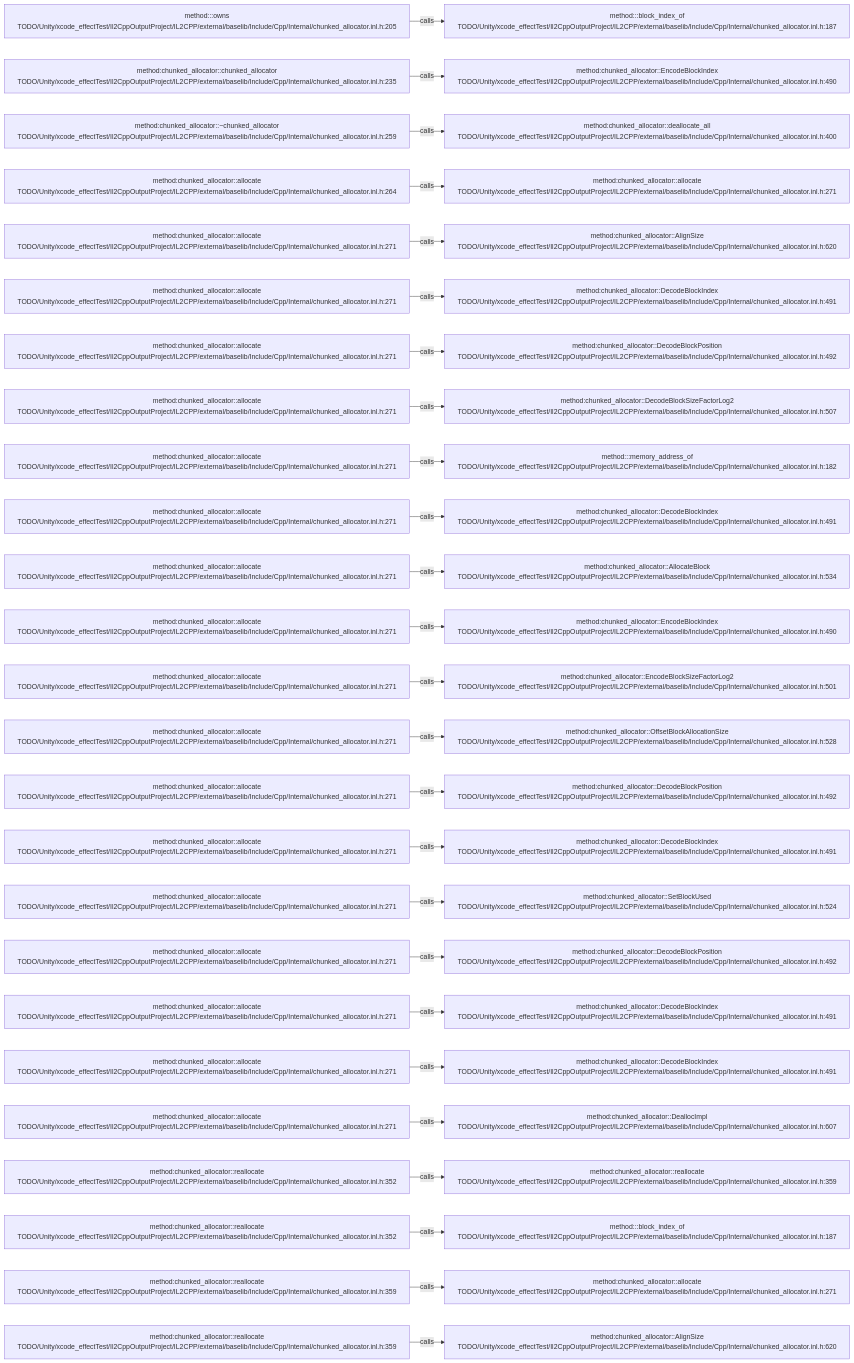
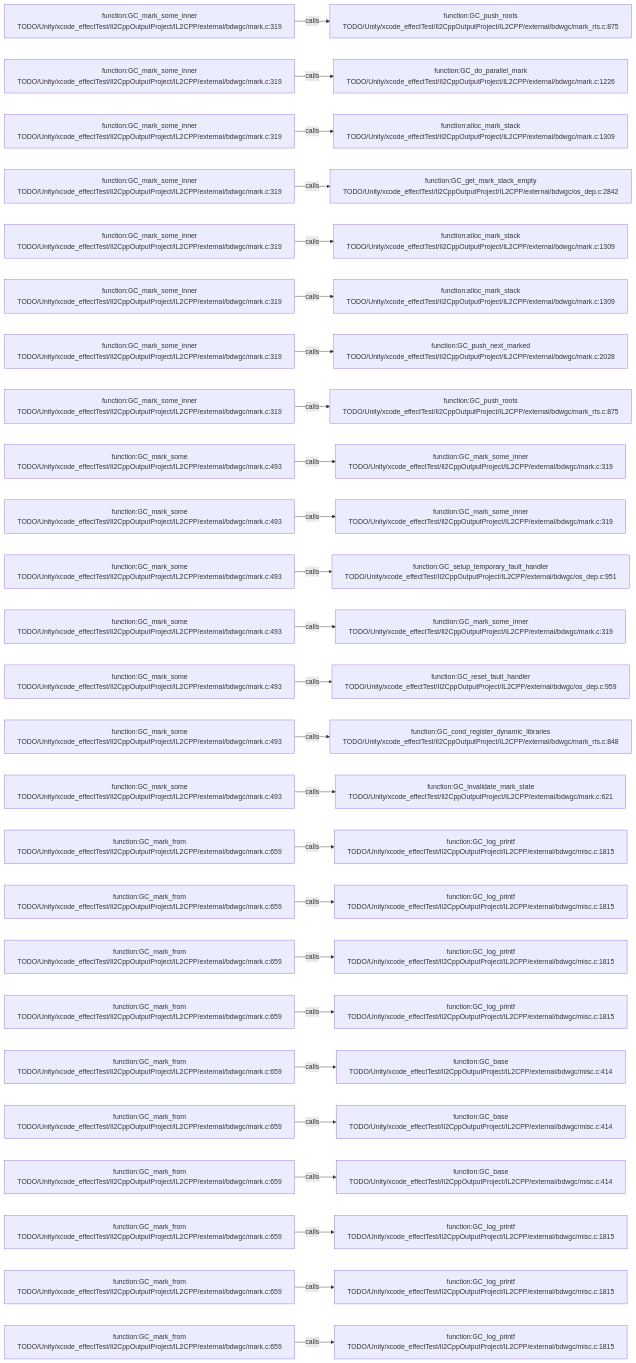
Before and after one commit to JobsKits/JobsSwiftBaseConfigDemo: the diagram in .codegraph/codegraph.md/graphs/calls-130.md, drawn with Mermaid. The commit also changed 227 other files, not shown here.

````diff
--- a/.codegraph/codegraph.md/graphs/calls-130.md
+++ b/.codegraph/codegraph.md/graphs/calls-130.md
@@ -13,78 +13,78 @@
 ```mermaid
 flowchart LR
-  S1["method:<anonymous>::owns<br/>TODO/Unity/xcode_effectTest/Il2CppOutputProject/IL2CPP/external/baselib/Include/Cpp/Internal/chunked_allocator.inl.h:205"]
-  T1["method:<anonymous>::block_index_of<br/>TODO/Unity/xcode_effectTest/Il2CppOutputProject/IL2CPP/external/baselib/Include/Cpp/Internal/chunked_allocator.inl.h:187"]
+  S1["function:GC_mark_some_inner<br/>TODO/Unity/xcode_effectTest/Il2CppOutputProject/IL2CPP/external/bdwgc/mark.c:319"]
+  T1["function:GC_push_roots<br/>TODO/Unity/xcode_effectTest/Il2CppOutputProject/IL2CPP/external/bdwgc/mark_rts.c:875"]
   S1 -->|calls| T1
-  S2["method:chunked_allocator::chunked_allocator<br/>TODO/Unity/xcode_effectTest/Il2CppOutputProject/IL2CPP/external/baselib/Include/Cpp/Internal/chunked_allocator.inl.h:235"]
-  T2["method:chunked_allocator::EncodeBlockIndex<br/>TODO/Unity/xcode_effectTest/Il2CppOutputProject/IL2CPP/external/baselib/Include/Cpp/Internal/chunked_allocator.inl.h:490"]
+  S2["function:GC_mark_some_inner<br/>TODO/Unity/xcode_effectTest/Il2CppOutputProject/IL2CPP/external/bdwgc/mark.c:319"]
+  T2["function:GC_do_parallel_mark<br/>TODO/Unity/xcode_effectTest/Il2CppOutputProject/IL2CPP/external/bdwgc/mark.c:1226"]
   S2 -->|calls| T2
-  S3["method:chunked_allocator::~chunked_allocator<br/>TODO/Unity/xcode_effectTest/Il2CppOutputProject/IL2CPP/external/baselib/Include/Cpp/Internal/chunked_allocator.inl.h:259"]
-  T3["method:chunked_allocator::deallocate_all<br/>TODO/Unity/xcode_effectTest/Il2CppOutputProject/IL2CPP/external/baselib/Include/Cpp/Internal/chunked_allocator.inl.h:400"]
+  S3["function:GC_mark_some_inner<br/>TODO/Unity/xcode_effectTest/Il2CppOutputProject/IL2CPP/external/bdwgc/mark.c:319"]
+  T3["function:alloc_mark_stack<br/>TODO/Unity/xcode_effectTest/Il2CppOutputProject/IL2CPP/external/bdwgc/mark.c:1309"]
   S3 -->|calls| T3
-  S4["method:chunked_allocator::allocate<br/>TODO/Unity/xcode_effectTest/Il2CppOutputProject/IL2CPP/external/baselib/Include/Cpp/Internal/chunked_allocator.inl.h:264"]
-  T4["method:chunked_allocator::allocate<br/>TODO/Unity/xcode_effectTest/Il2CppOutputProject/IL2CPP/external/baselib/Include/Cpp/Internal/chunked_allocator.inl.h:271"]
+  S4["function:GC_mark_some_inner<br/>TODO/Unity/xcode_effectTest/Il2CppOutputProject/IL2CPP/external/bdwgc/mark.c:319"]
+  T4["function:GC_get_mark_stack_empty<br/>TODO/Unity/xcode_effectTest/Il2CppOutputProject/IL2CPP/external/bdwgc/os_dep.c:2842"]
   S4 -->|calls| T4
-  S5["method:chunked_allocator::allocate<br/>TODO/Unity/xcode_effectTest/Il2CppOutputProject/IL2CPP/external/baselib/Include/Cpp/Internal/chunked_allocator.inl.h:271"]
-  T5["method:chunked_allocator::AlignSize<br/>TODO/Unity/xcode_effectTest/Il2CppOutputProject/IL2CPP/external/baselib/Include/Cpp/Internal/chunked_allocator.inl.h:620"]
+  S5["function:GC_mark_some_inner<br/>TODO/Unity/xcode_effectTest/Il2CppOutputProject/IL2CPP/external/bdwgc/mark.c:319"]
+  T5["function:alloc_mark_stack<br/>TODO/Unity/xcode_effectTest/Il2CppOutputProject/IL2CPP/external/bdwgc/mark.c:1309"]
   S5 -->|calls| T5
-  S6["method:chunked_allocator::allocate<br/>TODO/Unity/xcode_effectTest/Il2CppOutputProject/IL2CPP/external/baselib/Include/Cpp/Internal/chunked_allocator.inl.h:271"]
-  T6["method:chunked_allocator::DecodeBlockIndex<br/>TODO/Unity/xcode_effectTest/Il2CppOutputProject/IL2CPP/external/baselib/Include/Cpp/Internal/chunked_allocator.inl.h:491"]
+  S6["function:GC_mark_some_inner<br/>TODO/Unity/xcode_effectTest/Il2CppOutputProject/IL2CPP/external/bdwgc/mark.c:319"]
+  T6["function:alloc_mark_stack<br/>TODO/Unity/xcode_effectTest/Il2CppOutputProject/IL2CPP/external/bdwgc/mark.c:1309"]
   S6 -->|calls| T6
-  S7["method:chunked_allocator::allocate<br/>TODO/Unity/xcode_effectTest/Il2CppOutputProject/IL2CPP/external/baselib/Include/Cpp/Internal/chunked_allocator.inl.h:271"]
-  T7["method:chunked_allocator::DecodeBlockPosition<br/>TODO/Unity/xcode_effectTest/Il2CppOutputProject/IL2CPP/external/baselib/Include/Cpp/Internal/chunked_allocator.inl.h:492"]
+  S7["function:GC_mark_some_inner<br/>TODO/Unity/xcode_effectTest/Il2CppOutputProject/IL2CPP/external/bdwgc/mark.c:319"]
+  T7["function:GC_push_next_marked<br/>TODO/Unity/xcode_effectTest/Il2CppOutputProject/IL2CPP/external/bdwgc/mark.c:2028"]
   S7 -->|calls| T7
-  S8["method:chunked_allocator::allocate<br/>TODO/Unity/xcode_effectTest/Il2CppOutputProject/IL2CPP/external/baselib/Include/Cpp/Internal/chunked_allocator.inl.h:271"]
-  T8["method:chunked_allocator::DecodeBlockSizeFactorLog2<br/>TODO/Unity/xcode_effectTest/Il2CppOutputProject/IL2CPP/external/baselib/Include/Cpp/Internal/chunked_allocator.inl.h:507"]
+  S8["function:GC_mark_some_inner<br/>TODO/Unity/xcode_effectTest/Il2CppOutputProject/IL2CPP/external/bdwgc/mark.c:319"]
+  T8["function:GC_push_roots<br/>TODO/Unity/xcode_effectTest/Il2CppOutputProject/IL2CPP/external/bdwgc/mark_rts.c:875"]
   S8 -->|calls| T8
-  S9["method:chunked_allocator::allocate<br/>TODO/Unity/xcode_effectTest/Il2CppOutputProject/IL2CPP/external/baselib/Include/Cpp/Internal/chunked_allocator.inl.h:271"]
-  T9["method:<anonymous>::memory_address_of<br/>TODO/Unity/xcode_effectTest/Il2CppOutputProject/IL2CPP/external/baselib/Include/Cpp/Internal/chunked_allocator.inl.h:182"]
+  S9["function:GC_mark_some<br/>TODO/Unity/xcode_effectTest/Il2CppOutputProject/IL2CPP/external/bdwgc/mark.c:493"]
+  T9["function:GC_mark_some_inner<br/>TODO/Unity/xcode_effectTest/Il2CppOutputProject/IL2CPP/external/bdwgc/mark.c:319"]
   S9 -->|calls| T9
-  S10["method:chunked_allocator::allocate<br/>TODO/Unity/xcode_effectTest/Il2CppOutputProject/IL2CPP/external/baselib/Include/Cpp/Internal/chunked_allocator.inl.h:271"]
-  T10["method:chunked_allocator::DecodeBlockIndex<br/>TODO/Unity/xcode_effectTest/Il2CppOutputProject/IL2CPP/external/baselib/Include/Cpp/Internal/chunked_allocator.inl.h:491"]
+  S10["function:GC_mark_some<br/>TODO/Unity/xcode_effectTest/Il2CppOutputProject/IL2CPP/external/bdwgc/mark.c:493"]
+  T10["function:GC_mark_some_inner<br/>TODO/Unity/xcode_effectTest/Il2CppOutputProject/IL2CPP/external/bdwgc/mark.c:319"]
   S10 -->|calls| T10
-  S11["method:chunked_allocator::allocate<br/>TODO/Unity/xcode_effectTest/Il2CppOutputProject/IL2CPP/external/baselib/Include/Cpp/Internal/chunked_allocator.inl.h:271"]
-  T11["method:chunked_allocator::AllocateBlock<br/>TODO/Unity/xcode_effectTest/Il2CppOutputProject/IL2CPP/external/baselib/Include/Cpp/Internal/chunked_allocator.inl.h:534"]
+  S11["function:GC_mark_some<br/>TODO/Unity/xcode_effectTest/Il2CppOutputProject/IL2CPP/external/bdwgc/mark.c:493"]
+  T11["function:GC_setup_temporary_fault_handler<br/>TODO/Unity/xcode_effectTest/Il2CppOutputProject/IL2CPP/external/bdwgc/os_dep.c:951"]
   S11 -->|calls| T11
-  S12["method:chunked_allocator::allocate<br/>TODO/Unity/xcode_effectTest/Il2CppOutputProject/IL2CPP/external/baselib/Include/Cpp/Internal/chunked_allocator.inl.h:271"]
-  T12["method:chunked_allocator::EncodeBlockIndex<br/>TODO/Unity/xcode_effectTest/Il2CppOutputProject/IL2CPP/external/baselib/Include/Cpp/Internal/chunked_allocator.inl.h:490"]
+  S12["function:GC_mark_some<br/>TODO/Unity/xcode_effectTest/Il2CppOutputProject/IL2CPP/external/bdwgc/mark.c:493"]
+  T12["function:GC_mark_some_inner<br/>TODO/Unity/xcode_effectTest/Il2CppOutputProject/IL2CPP/external/bdwgc/mark.c:319"]
   S12 -->|calls| T12
-  S13["method:chunked_allocator::allocate<br/>TODO/Unity/xcode_effectTest/Il2CppOutputProject/IL2CPP/external/baselib/Include/Cpp/Internal/chunked_allocator.inl.h:271"]
-  T13["method:chunked_allocator::EncodeBlockSizeFactorLog2<br/>TODO/Unity/xcode_effectTest/Il2CppOutputProject/IL2CPP/external/baselib/Include/Cpp/Internal/chunked_allocator.inl.h:501"]
+  S13["function:GC_mark_some<br/>TODO/Unity/xcode_effectTest/Il2CppOutputProject/IL2CPP/external/bdwgc/mark.c:493"]
+  T13["function:GC_reset_fault_handler<br/>TODO/Unity/xcode_effectTest/Il2CppOutputProject/IL2CPP/external/bdwgc/os_dep.c:959"]
   S13 -->|calls| T13
-  S14["method:chunked_allocator::allocate<br/>TODO/Unity/xcode_effectTest/Il2CppOutputProject/IL2CPP/external/baselib/Include/Cpp/Internal/chunked_allocator.inl.h:271"]
-  T14["method:chunked_allocator::OffsetBlockAllocationSize<br/>TODO/Unity/xcode_effectTest/Il2CppOutputProject/IL2CPP/external/baselib/Include/Cpp/Internal/chunked_allocator.inl.h:528"]
+  S14["function:GC_mark_some<br/>TODO/Unity/xcode_effectTest/Il2CppOutputProject/IL2CPP/external/bdwgc/mark.c:493"]
+  T14["function:GC_cond_register_dynamic_libraries<br/>TODO/Unity/xcode_effectTest/Il2CppOutputProject/IL2CPP/external/bdwgc/mark_rts.c:848"]
   S14 -->|calls| T14
-  S15["method:chunked_allocator::allocate<br/>TODO/Unity/xcode_effectTest/Il2CppOutputProject/IL2CPP/external/baselib/Include/Cpp/Internal/chunked_allocator.inl.h:271"]
-  T15["method:chunked_allocator::DecodeBlockPosition<br/>TODO/Unity/xcode_effectTest/Il2CppOutputProject/IL2CPP/external/baselib/Include/Cpp/Internal/chunked_allocator.inl.h:492"]
+  S15["function:GC_mark_some<br/>TODO/Unity/xcode_effectTest/Il2CppOutputProject/IL2CPP/external/bdwgc/mark.c:493"]
+  T15["function:GC_invalidate_mark_state<br/>TODO/Unity/xcode_effectTest/Il2CppOutputProject/IL2CPP/external/bdwgc/mark.c:621"]
   S15 -->|calls| T15
-  S16["method:chunked_allocator::allocate<br/>TODO/Unity/xcode_effectTest/Il2CppOutputProject/IL2CPP/external/baselib/Include/Cpp/Internal/chunked_allocator.inl.h:271"]
-  T16["method:chunked_allocator::DecodeBlockIndex<br/>TODO/Unity/xcode_effectTest/Il2CppOutputProject/IL2CPP/external/baselib/Include/Cpp/Internal/chunked_allocator.inl.h:491"]
+  S16["function:GC_mark_from<br/>TODO/Unity/xcode_effectTest/Il2CppOutputProject/IL2CPP/external/bdwgc/mark.c:659"]
+  T16["function:GC_log_printf<br/>TODO/Unity/xcode_effectTest/Il2CppOutputProject/IL2CPP/external/bdwgc/misc.c:1815"]
   S16 -->|calls| T16
-  S17["method:chunked_allocator::allocate<br/>TODO/Unity/xcode_effectTest/Il2CppOutputProject/IL2CPP/external/baselib/Include/Cpp/Internal/chunked_allocator.inl.h:271"]
-  T17["method:chunked_allocator::SetBlockUsed<br/>TODO/Unity/xcode_effectTest/Il2CppOutputProject/IL2CPP/external/baselib/Include/Cpp/Internal/chunked_allocator.inl.h:524"]
+  S17["function:GC_mark_from<br/>TODO/Unity/xcode_effectTest/Il2CppOutputProject/IL2CPP/external/bdwgc/mark.c:659"]
+  T17["function:GC_log_printf<br/>TODO/Unity/xcode_effectTest/Il2CppOutputProject/IL2CPP/external/bdwgc/misc.c:1815"]
   S17 -->|calls| T17
-  S18["method:chunked_allocator::allocate<br/>TODO/Unity/xcode_effectTest/Il2CppOutputProject/IL2CPP/external/baselib/Include/Cpp/Internal/chunked_allocator.inl.h:271"]
-  T18["method:chunked_allocator::DecodeBlockPosition<br/>TODO/Unity/xcode_effectTest/Il2CppOutputProject/IL2CPP/external/baselib/Include/Cpp/Internal/chunked_allocator.inl.h:492"]
+  S18["function:GC_mark_from<br/>TODO/Unity/xcode_effectTest/Il2CppOutputProject/IL2CPP/external/bdwgc/mark.c:659"]
+  T18["function:GC_log_printf<br/>TODO/Unity/xcode_effectTest/Il2CppOutputProject/IL2CPP/external/bdwgc/misc.c:1815"]
   S18 -->|calls| T18
-  S19["method:chunked_allocator::allocate<br/>TODO/Unity/xcode_effectTest/Il2CppOutputProject/IL2CPP/external/baselib/Include/Cpp/Internal/chunked_allocator.inl.h:271"]
-  T19["method:chunked_allocator::DecodeBlockIndex<br/>TODO/Unity/xcode_effectTest/Il2CppOutputProject/IL2CPP/external/baselib/Include/Cpp/Internal/chunked_allocator.inl.h:491"]
+  S19["function:GC_mark_from<br/>TODO/Unity/xcode_effectTest/Il2CppOutputProject/IL2CPP/external/bdwgc/mark.c:659"]
+  T19["function:GC_log_printf<br/>TODO/Unity/xcode_effectTest/Il2CppOutputProject/IL2CPP/external/bdwgc/misc.c:1815"]
   S19 -->|calls| T19
-  S20["method:chunked_allocator::allocate<br/>TODO/Unity/xcode_effectTest/Il2CppOutputProject/IL2CPP/external/baselib/Include/Cpp/Internal/chunked_allocator.inl.h:271"]
-  T20["method:chunked_allocator::DecodeBlockIndex<br/>TODO/Unity/xcode_effectTest/Il2CppOutputProject/IL2CPP/external/baselib/Include/Cpp/Internal/chunked_allocator.inl.h:491"]
+  S20["function:GC_mark_from<br/>TODO/Unity/xcode_effectTest/Il2CppOutputProject/IL2CPP/external/bdwgc/mark.c:659"]
+  T20["function:GC_base<br/>TODO/Unity/xcode_effectTest/Il2CppOutputProject/IL2CPP/external/bdwgc/misc.c:414"]
   S20 -->|calls| T20
-  S21["method:chunked_allocator::allocate<br/>TODO/Unity/xcode_effectTest/Il2CppOutputProject/IL2CPP/external/baselib/Include/Cpp/Internal/chunked_allocator.inl.h:271"]
-  T21["method:chunked_allocator::DeallocImpl<br/>TODO/Unity/xcode_effectTest/Il2CppOutputProject/IL2CPP/external/baselib/Include/Cpp/Internal/chunked_allocator.inl.h:607"]
+  S21["function:GC_mark_from<br/>TODO/Unity/xcode_effectTest/Il2CppOutputProject/IL2CPP/external/bdwgc/mark.c:659"]
+  T21["function:GC_base<br/>TODO/Unity/xcode_effectTest/Il2CppOutputProject/IL2CPP/external/bdwgc/misc.c:414"]
   S21 -->|calls| T21
-  S22["method:chunked_allocator::reallocate<br/>TODO/Unity/xcode_effectTest/Il2CppOutputProject/IL2CPP/external/baselib/Include/Cpp/Internal/chunked_allocator.inl.h:352"]
-  T22["method:chunked_allocator::reallocate<br/>TODO/Unity/xcode_effectTest/Il2CppOutputProject/IL2CPP/external/baselib/Include/Cpp/Internal/chunked_allocator.inl.h:359"]
+  S22["function:GC_mark_from<br/>TODO/Unity/xcode_effectTest/Il2CppOutputProject/IL2CPP/external/bdwgc/mark.c:659"]
+  T22["function:GC_base<br/>TODO/Unity/xcode_effectTest/Il2CppOutputProject/IL2CPP/external/bdwgc/misc.c:414"]
   S22 -->|calls| T22
-  S23["method:chunked_allocator::reallocate<br/>TODO/Unity/xcode_effectTest/Il2CppOutputProject/IL2CPP/external/baselib/Include/Cpp/Internal/chunked_allocator.inl.h:352"]
-  T23["method:<anonymous>::block_index_of<br/>TODO/Unity/xcode_effectTest/Il2CppOutputProject/IL2CPP/external/baselib/Include/Cpp/Internal/chunked_allocator.inl.h:187"]
+  S23["function:GC_mark_from<br/>TODO/Unity/xcode_effectTest/Il2CppOutputProject/IL2CPP/external/bdwgc/mark.c:659"]
+  T23["function:GC_log_printf<br/>TODO/Unity/xcode_effectTest/Il2CppOutputProject/IL2CPP/external/bdwgc/misc.c:1815"]
   S23 -->|calls| T23
-  S24["method:chunked_allocator::reallocate<br/>TODO/Unity/xcode_effectTest/Il2CppOutputProject/IL2CPP/external/baselib/Include/Cpp/Internal/chunked_allocator.inl.h:359"]
-  T24["method:chunked_allocator::allocate<br/>TODO/Unity/xcode_effectTest/Il2CppOutputProject/IL2CPP/external/baselib/Include/Cpp/Internal/chunked_allocator.inl.h:271"]
+  S24["function:GC_mark_from<br/>TODO/Unity/xcode_effectTest/Il2CppOutputProject/IL2CPP/external/bdwgc/mark.c:659"]
+  T24["function:GC_log_printf<br/>TODO/Unity/xcode_effectTest/Il2CppOutputProject/IL2CPP/external/bdwgc/misc.c:1815"]
   S24 -->|calls| T24
-  S25["method:chunked_allocator::reallocate<br/>TODO/Unity/xcode_effectTest/Il2CppOutputProject/IL2CPP/external/baselib/Include/Cpp/Internal/chunked_allocator.inl.h:359"]
-  T25["method:chunked_allocator::AlignSize<br/>TODO/Unity/xcode_effectTest/Il2CppOutputProject/IL2CPP/external/baselib/Include/Cpp/Internal/chunked_allocator.inl.h:620"]
+  S25["function:GC_mark_from<br/>TODO/Unity/xcode_effectTest/Il2CppOutputProject/IL2CPP/external/bdwgc/mark.c:659"]
+  T25["function:GC_log_printf<br/>TODO/Unity/xcode_effectTest/Il2CppOutputProject/IL2CPP/external/bdwgc/misc.c:1815"]
   S25 -->|calls| T25
 ```
````
